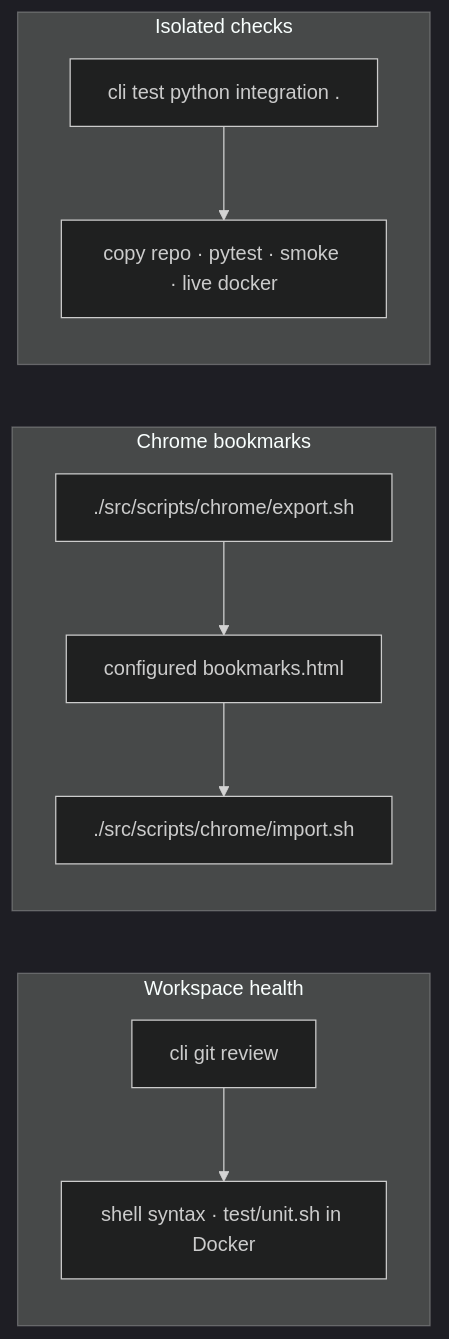
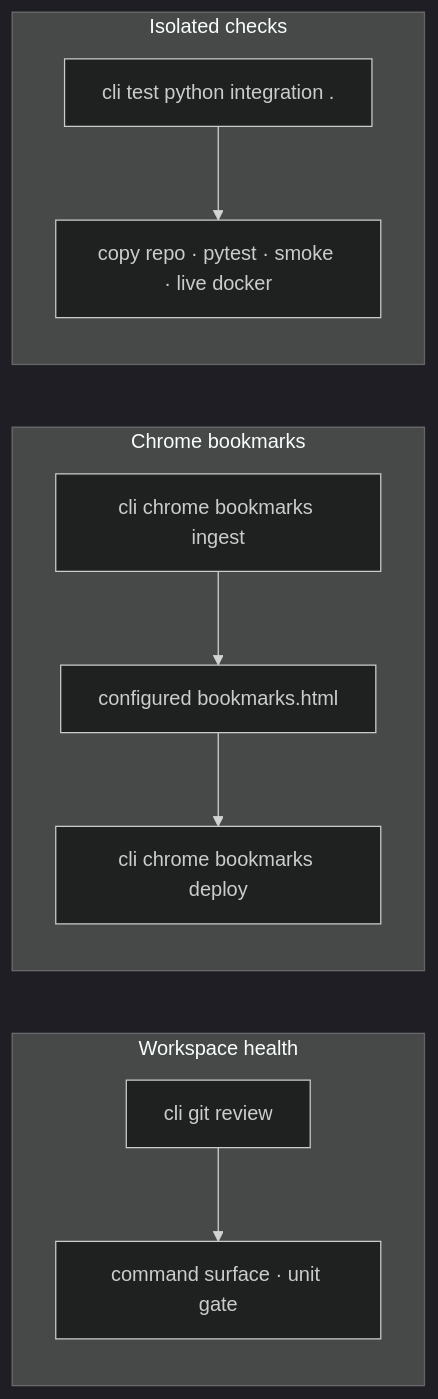
The sixth of 7 diagrams in docs/workflows.md (gardusig/cli), drawn with Mermaid (dark theme) before and after one commit. The commit also changed other lines of this file and 281 other files, not shown here.

````diff
--- a/docs/workflows.md
+++ b/docs/workflows.md
@@ -178,21 +198,21 @@
 ```mermaid
 flowchart LR
     subgraph review [Workspace health]
         R1["cli git review"]
-        R2["shell syntax · test/unit.sh in Docker"]
+        R2["command surface · unit gate"]
         R1 --> R2
     end
 
     subgraph bookmarks [Chrome bookmarks]
-        B1["./src/scripts/chrome/export.sh"]
+        B1["cli chrome bookmarks ingest"]
         B2["configured bookmarks.html"]
-        B3["./src/scripts/chrome/import.sh"]
+        B3["cli chrome bookmarks deploy"]
         B1 --> B2 --> B3
     end
 
     subgraph docker [Isolated checks]
         D1["cli test python integration ."]
         D2["copy repo · pytest · smoke · live docker"]
         D1 --> D2
     end
 ```
````
